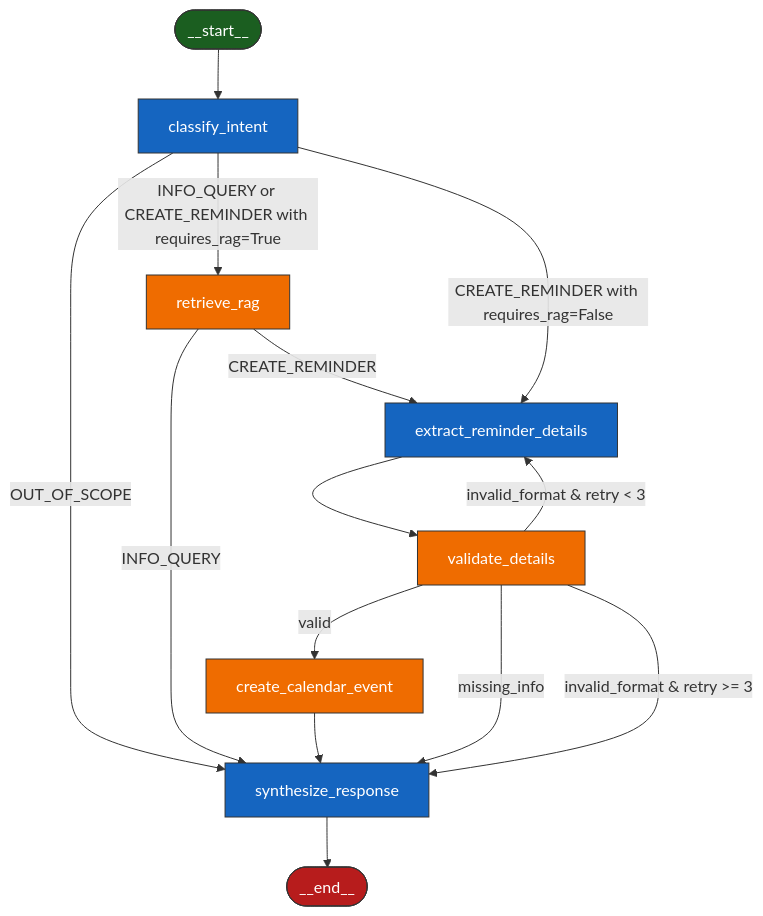
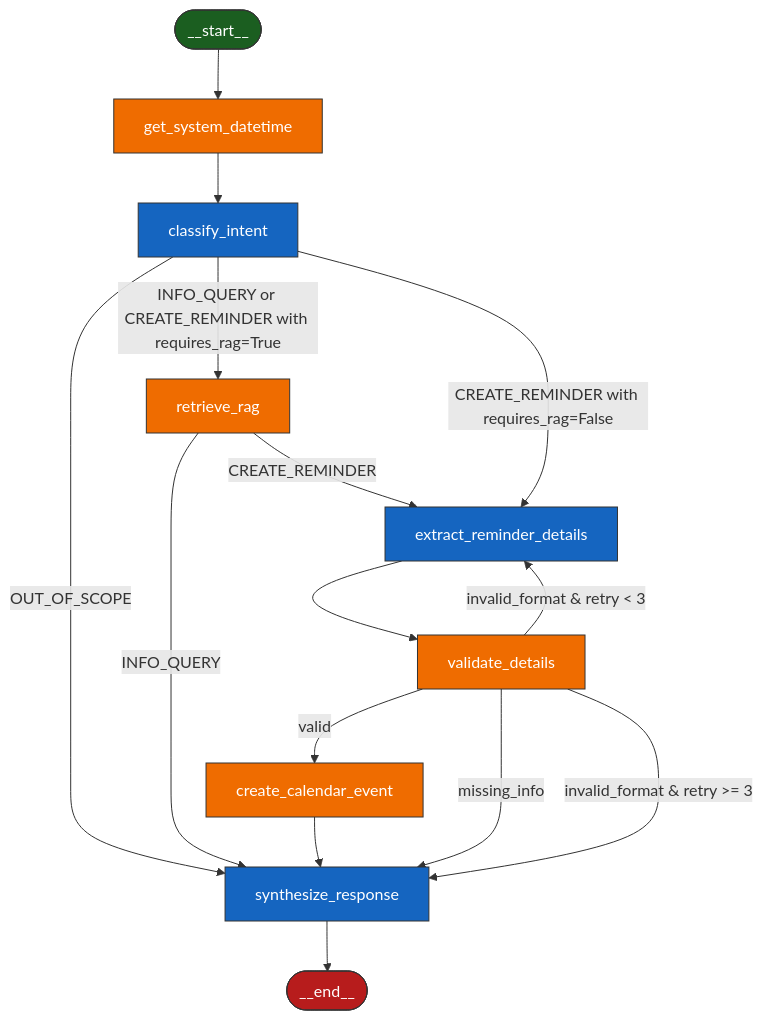
One commit to GabrielSanzana/LLM changed the diagram in walkthrough.md. Above: the diagram before and after it, drawn with Mermaid. The commit also changed other lines of this file and 5 other files, not shown here.

````diff
--- a/walkthrough.md
+++ b/walkthrough.md
@@ -14,30 +14,32 @@
 ```mermaid
 graph TD
-    Start([__start__]) --> classify[classify_intent]
+    Start([__start__]) --> system_time[get_system_datetime]
+    system_time --> classify[classify_intent]
     
     classify -->|OUT_OF_SCOPE| synth[synthesize_response]
     classify -->|INFO_QUERY or CREATE_REMINDER with requires_rag=True| rag[retrieve_rag]
     classify -->|CREATE_REMINDER with requires_rag=False| extract[extract_reminder_details]
     
     rag -->|INFO_QUERY| synth
     rag -->|CREATE_REMINDER| extract
     
     extract --> validate[validate_details]
     
     validate -->|valid| calendar[create_calendar_event]
     validate -->|missing_info| synth
     validate -->|invalid_format & retry < 3| extract
     validate -->|invalid_format & retry >= 3| synth
     
     calendar --> synth
     synth --> End([__end__])
     
     style Start fill:#1b5e20,stroke:#333,stroke-width:1px,color:#fff
     style End fill:#b71c1c,stroke:#333,stroke-width:1px,color:#fff
+    style system_time fill:#ef6c00,stroke:#333,stroke-width:1px,color:#fff
     style classify fill:#1565c0,stroke:#333,stroke-width:1px,color:#fff
     style extract fill:#1565c0,stroke:#333,stroke-width:1px,color:#fff
     style synth fill:#1565c0,stroke:#333,stroke-width:1px,color:#fff
     style rag fill:#ef6c00,stroke:#333,stroke-width:1px,color:#fff
     style validate fill:#ef6c00,stroke:#333,stroke-width:1px,color:#fff
     style calendar fill:#ef6c00,stroke:#333,stroke-width:1px,color:#fff
 ```
````
